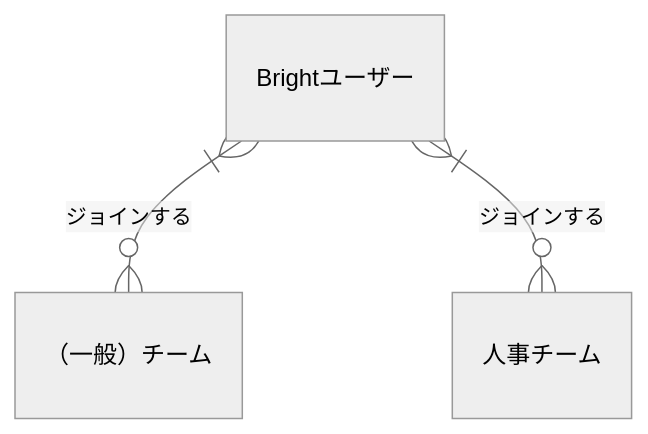
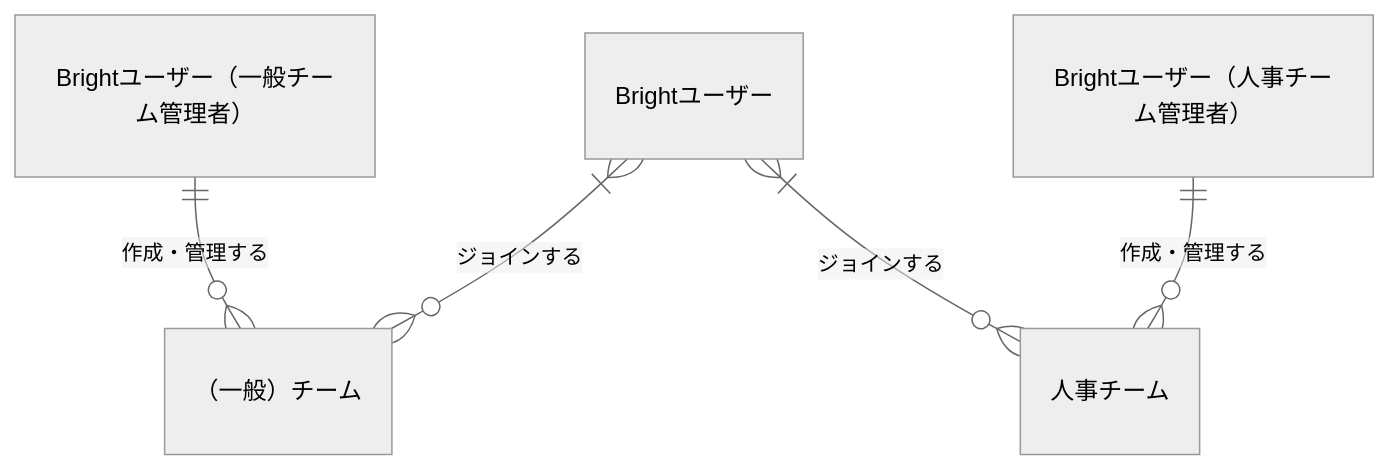
The third of 10 diagrams in docs/conceptual_schemas/users.md (bright-org/bright), drawn with Mermaid (neutral theme) before and after one commit. The commit also changed other lines of this file, not shown here.

````diff
--- a/docs/conceptual_schemas/users.md
+++ b/docs/conceptual_schemas/users.md
@@ -50,5 +46,7 @@
 ```mermaid
 erDiagram
+  "Brightユーザー（一般チーム管理者）"||--o{"（一般）チーム" : "作成・管理する"
   "Brightユーザー"}|--o{"（一般）チーム" : "ジョインする"
   "Brightユーザー"}|--o{"人事チーム" : "ジョインする"
+  "Brightユーザー（人事チーム管理者）"||--o{"人事チーム" : "作成・管理する"
 ```
````
